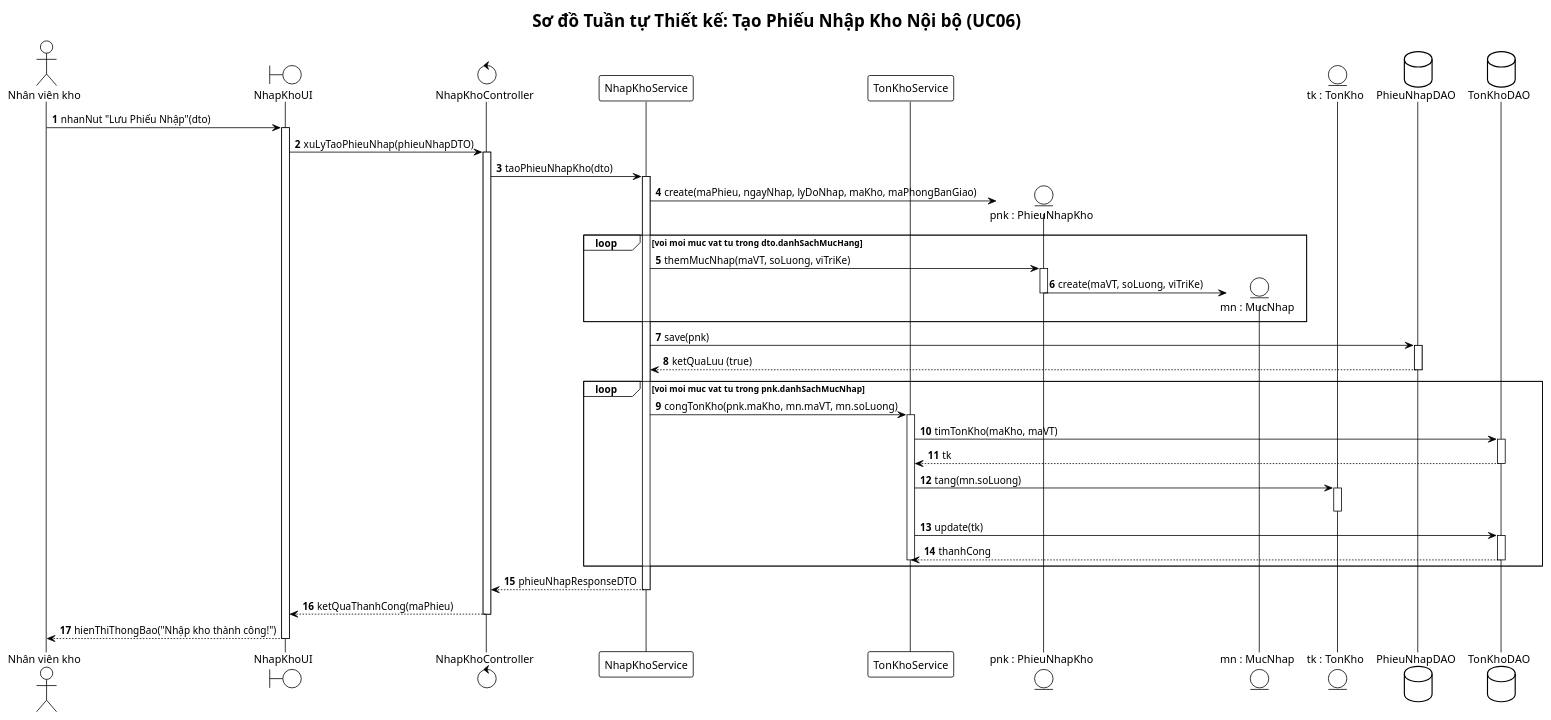
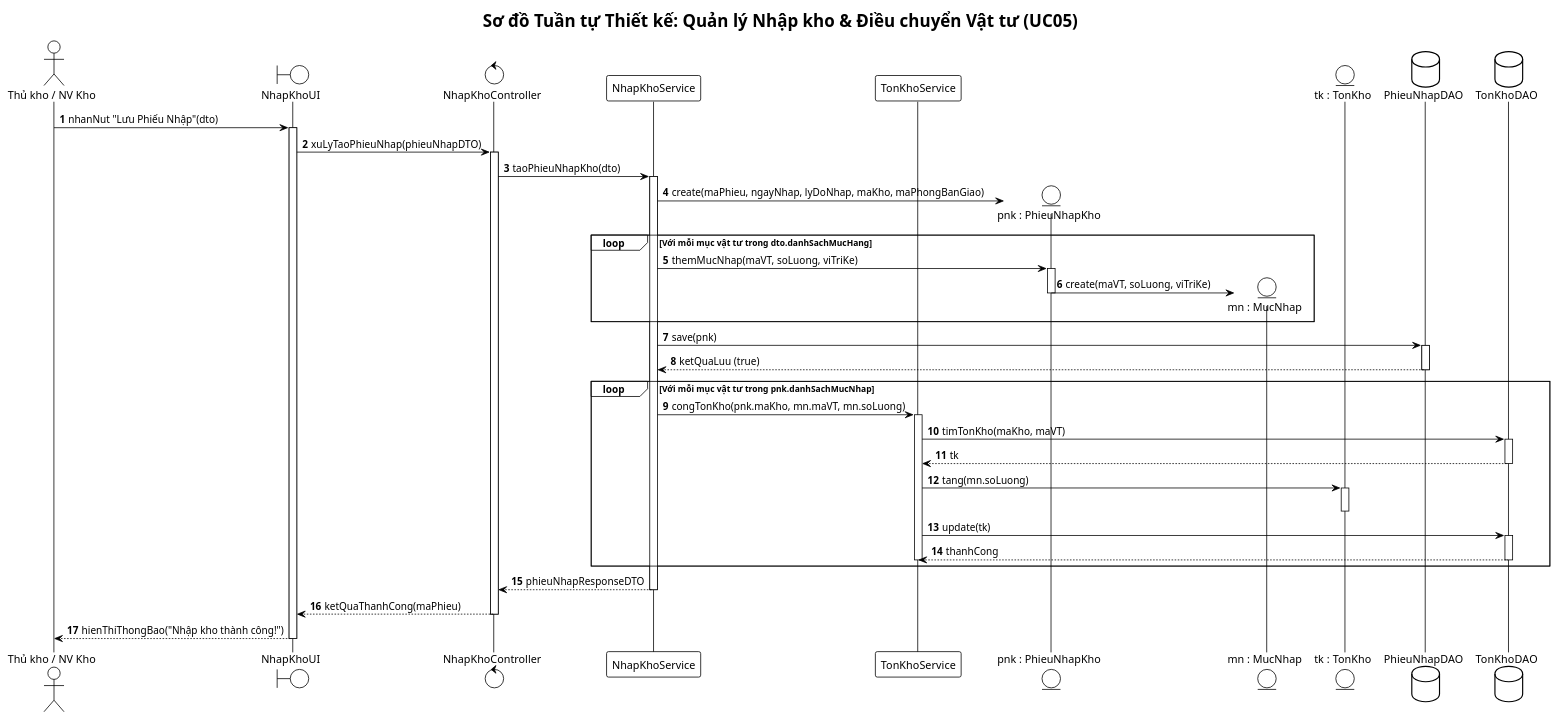
The first of 3 diagrams in BTL-QuanLyKhoHang/plantuml/sequence-diagrams.puml (vuhoabinh2416137/G8_Quanlysanphamvakhohang), drawn with PlantUML before and after one commit. The commit also changed other lines of this file and 26 other files, not shown here.

Commit message:
Chuan hoa 07 Use Case cot loi, cap nhat so do UML va tai lieu phan cong nhiem vu

```diff
--- a/BTL-QuanLyKhoHang/plantuml/sequence-diagrams.puml
+++ b/BTL-QuanLyKhoHang/plantuml/sequence-diagrams.puml
@@ -1,70 +1,70 @@
 @startuml sequence-nhap-kho
 !theme plain
 autonumber
 skinparam responseMessageBelowArrow true
 skinparam defaultFontName "Arial"
 
-title Sơ đồ Tuần tự Thiết kế: Tạo Phiếu Nhập Kho Nội bộ (UC06)
+title Sơ đồ Tuần tự Thiết kế: Quản lý Nhập kho & Điều chuyển Vật tư (UC05)
 
-actor "Nhân viên kho" as NV
+actor "Thủ kho / NV Kho" as NV
 boundary "NhapKhoUI" as UI
 control "NhapKhoController" as Ctrl
 participant "NhapKhoService" as Service
 participant "TonKhoService" as TKKService
 entity "pnk : PhieuNhapKho" as PNK
 entity "mn : MucNhap" as MN
 entity "tk : TonKho" as TK
 database "PhieuNhapDAO" as PNDAO
 database "TonKhoDAO" as TKDAO
 
 NV -> UI: nhanNut "Lưu Phiếu Nhập"(dto)
 activate UI
 UI -> Ctrl: xuLyTaoPhieuNhap(phieuNhapDTO)
 activate Ctrl
 
 Ctrl -> Service: taoPhieuNhapKho(dto)
 activate Service
 
 Service -> PNK**: create(maPhieu, ngayNhap, lyDoNhap, maKho, maPhongBanGiao)
 
-loop voi moi muc vat tu trong dto.danhSachMucHang
+loop Với mỗi mục vật tư trong dto.danhSachMucHang
     Service -> PNK: themMucNhap(maVT, soLuong, viTriKe)
     activate PNK
     PNK -> MN**: create(maVT, soLuong, viTriKe)
     deactivate PNK
 end
 
 Service -> PNDAO: save(pnk)
 activate PNDAO
 PNDAO --> Service: ketQuaLuu (true)
 deactivate PNDAO
 
-' Cập nhật tồn kho
-loop voi moi muc vat tu trong pnk.danhSachMucNhap
+' Cập nhật tồn kho nguyên tử
+loop Với mỗi mục vật tư trong pnk.danhSachMucNhap
     Service -> TKKService: congTonKho(pnk.maKho, mn.maVT, mn.soLuong)
     activate TKKService
     TKKService -> TKDAO: timTonKho(maKho, maVT)
     activate TKDAO
     TKDAO --> TKKService: tk
     deactivate TKDAO
     
     TKKService -> TK: tang(mn.soLuong)
     activate TK
     deactivate TK
     
     TKKService -> TKDAO: update(tk)
     activate TKDAO
     TKDAO --> TKKService: thanhCong
     deactivate TKDAO
     deactivate TKKService
 end
 
 Service --> Ctrl: phieuNhapResponseDTO
 deactivate Service
 
 Ctrl --> UI: ketQuaThanhCong(maPhieu)
 deactivate Ctrl
 
 UI --> NV: hienThiThongBao("Nhập kho thành công!")
 deactivate UI
 @enduml
```
